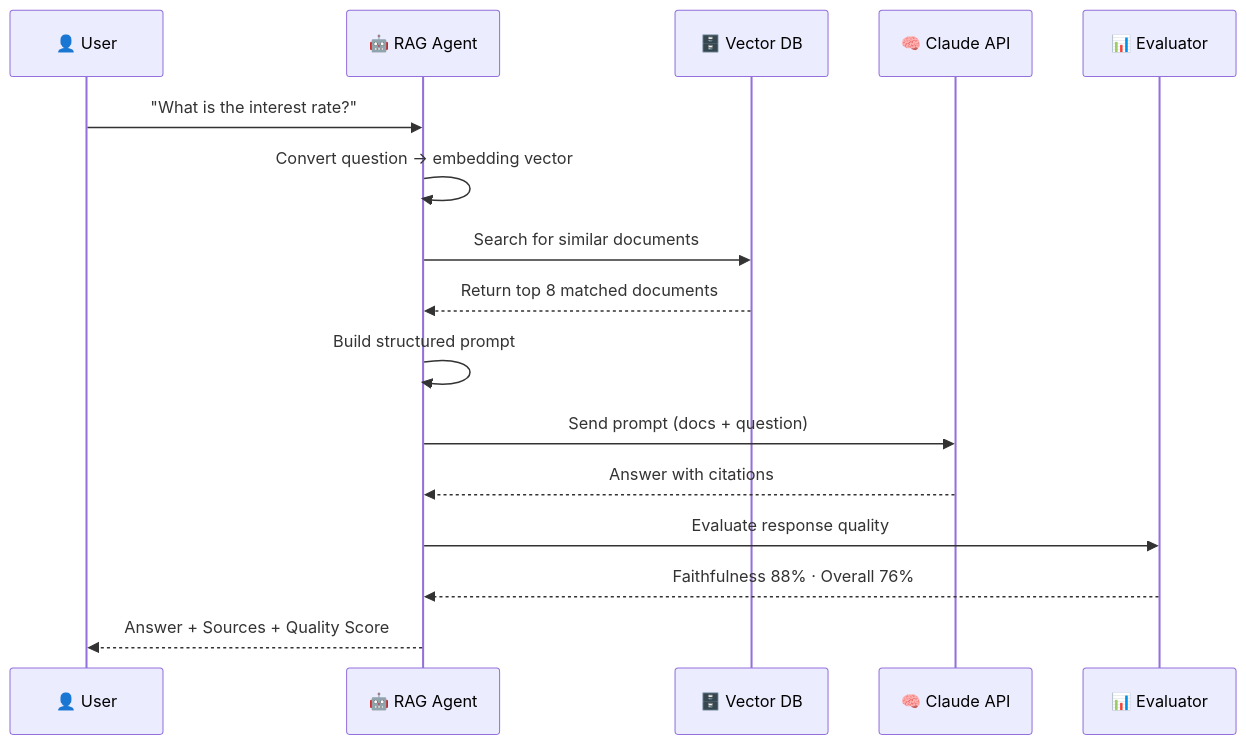
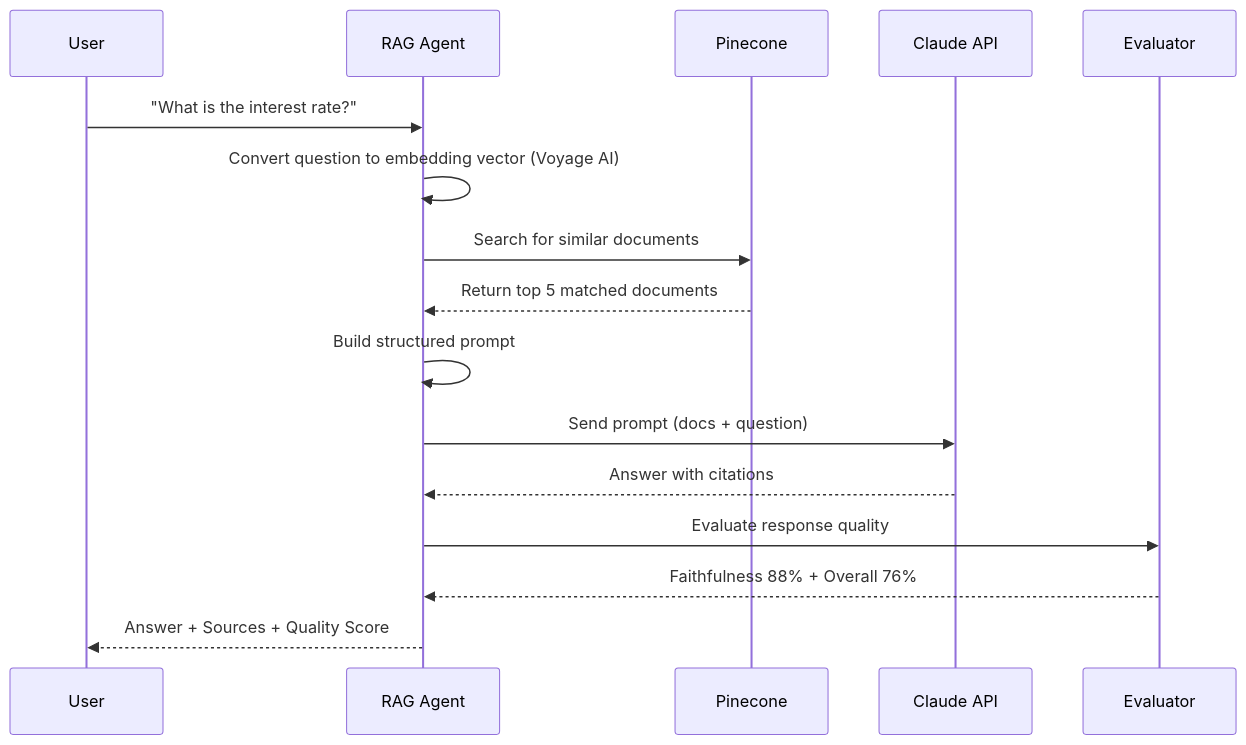
One commit to drona23/llm-rag-chatbot changed the second of 5 diagrams in README.md. Above: the diagram before and after it, drawn with Mermaid. The commit also changed other lines of this file and 2 other files, not shown here.

````diff
--- a/README.md
+++ b/README.md
@@ -80,19 +79,19 @@
 ```mermaid
 sequenceDiagram
-    participant U as 👤 User
-    participant R as 🤖 RAG Agent
-    participant V as 🗄️ Vector DB
-    participant C as 🧠 Claude API
-    participant E as 📊 Evaluator
+    participant U as User
+    participant R as RAG Agent
+    participant V as Pinecone
+    participant C as Claude API
+    participant E as Evaluator
 
     U->>R: "What is the interest rate?"
-    R->>R: Convert question → embedding vector
+    R->>R: Convert question to embedding vector (Voyage AI)
     R->>V: Search for similar documents
-    V-->>R: Return top 8 matched documents
+    V-->>R: Return top 5 matched documents
     R->>R: Build structured prompt
     R->>C: Send prompt (docs + question)
     C-->>R: Answer with citations
     R->>E: Evaluate response quality
-    E-->>R: Faithfulness 88% · Overall 76%
+    E-->>R: Faithfulness 88% + Overall 76%
     R-->>U: Answer + Sources + Quality Score
 ```
````
